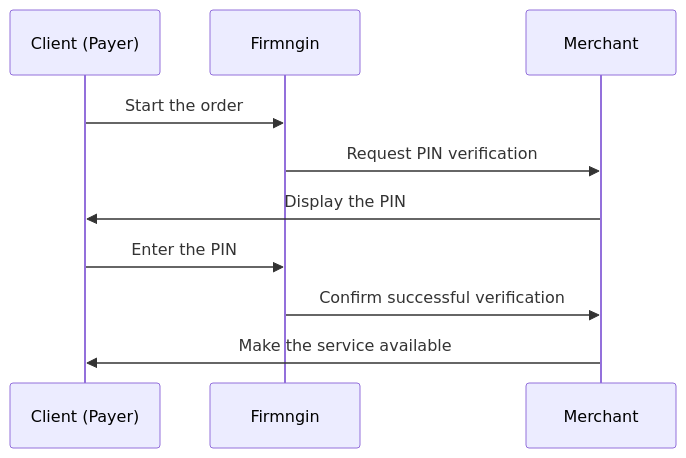
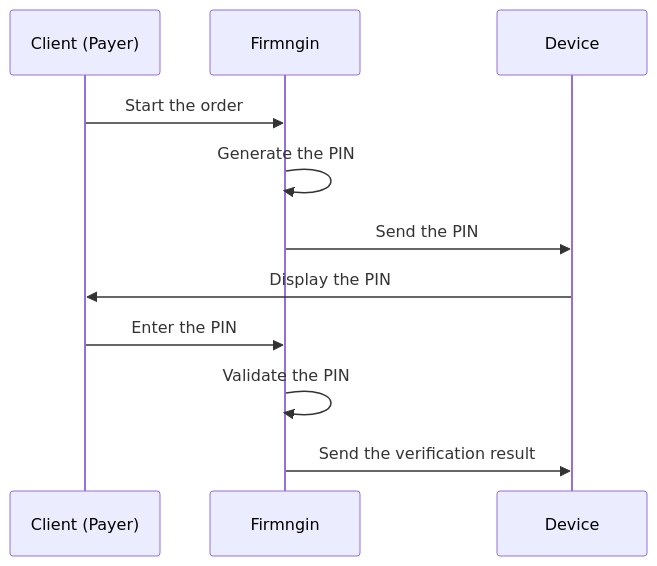
One commit to firmngin/docs changed the first of 2 diagrams in monetization/merchant-setup.mdx. Above: the diagram before and after it, drawn with Mermaid. The commit also changed other lines of this file and 2 other files, not shown here.

````diff
--- a/monetization/merchant-setup.mdx
+++ b/monetization/merchant-setup.mdx
@@ -110,12 +107,13 @@
 ```mermaid actions={false}
 sequenceDiagram
     participant Client as Client (Payer)
     participant Firmngin
-    participant Merchant
+    participant Device
     Client->>Firmngin: Start the order
-    Firmngin->>Merchant: Request PIN verification
-    Merchant->>Client: Display the PIN
+    Firmngin->>Firmngin: Generate the PIN
+    Firmngin->>Device: Send the PIN
+    Device->>Client: Display the PIN
     Client->>Firmngin: Enter the PIN
-    Firmngin->>Merchant: Confirm successful verification
-    Merchant->>Client: Make the service available
+    Firmngin->>Firmngin: Validate the PIN
+    Firmngin->>Device: Send the verification result
 ```
````
